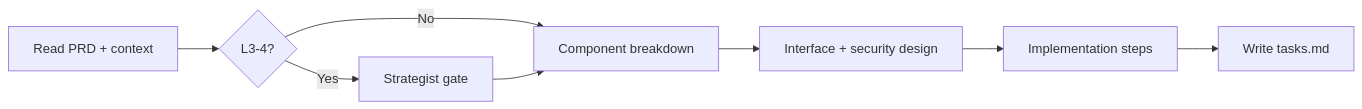
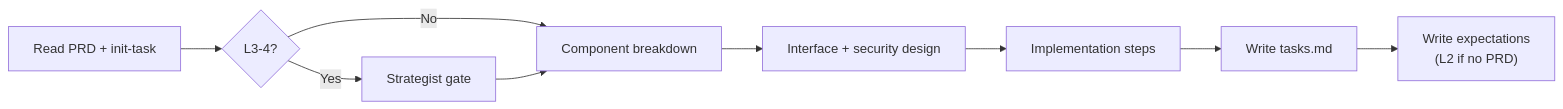
One commit to Arcanada-one/datarim changed the third of 8 diagrams in skills/visual-maps/stage-process-flows.md. Above: the diagram before and after it, drawn with Mermaid. The commit also changed other lines of this file and 12 other files, not shown here.

````diff
--- a/skills/visual-maps/stage-process-flows.md
+++ b/skills/visual-maps/stage-process-flows.md
@@ -31,10 +32,11 @@
 ```mermaid
 graph LR
-    A["Read PRD + context"] --> B{"L3-4?"}
+    A["Read PRD + init-task"] --> B{"L3-4?"}
     B -->|Yes| C["Strategist gate"]
     B -->|No| D["Component breakdown"]
     C --> D
     D --> E["Interface + security design"]
     E --> F["Implementation steps"]
     F --> G["Write tasks.md"]
+    G --> H["Write expectations<br>(L2 if no PRD)"]
 ```
````
